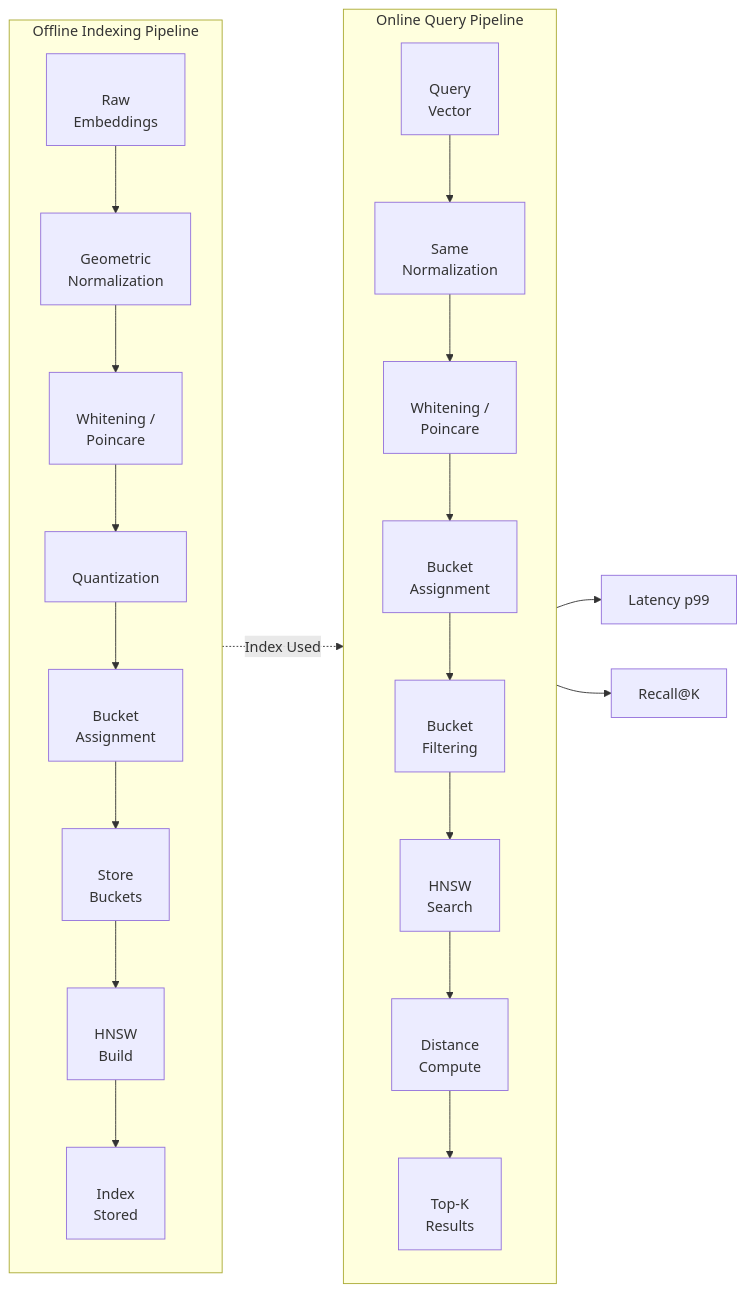
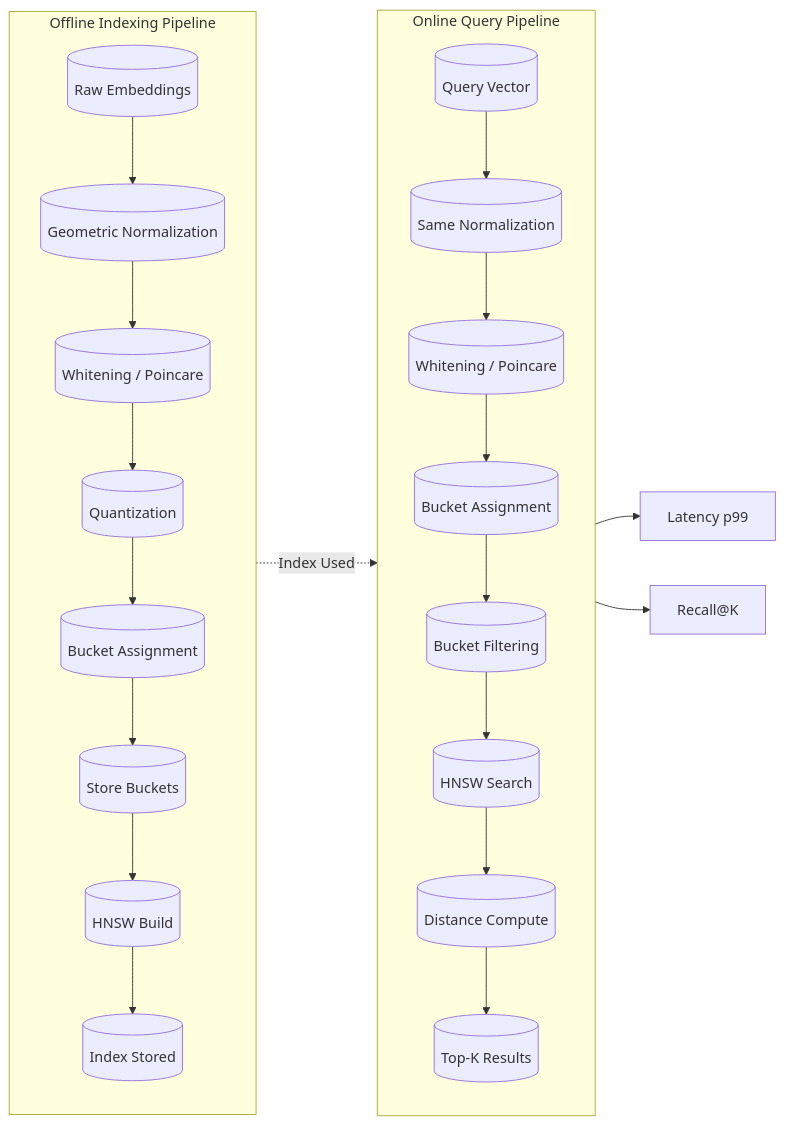
Before and after one commit to EarlyBloomer-byte/IsoSearch: the diagram in docs/technical_analysis.md, drawn with Mermaid.

Commit message:
docs(technical-analysis): add IsoSearch Architecture pipeline diagram

````diff
--- a/docs/technical_analysis.md
+++ b/docs/technical_analysis.md
@@ -14,36 +14,36 @@
 ```mermaid
 flowchart LR
 
 %% OFFLINE COLUMN
 subgraph OFFLINE [Offline Indexing Pipeline]
 direction TB
-A1["<br/>Raw<br/>Embeddings<br/>"]
-A1 --> B1["<br/>Geometric<br/>Normalization<br/>"]
-B1 --> B1a["<br/>Whitening /<br/>Poincare<br/>"]
-B1a --> C1["<br/>Quantization<br/>"]
-C1 --> D1["<br/>Bucket<br/>Assignment<br/>"]
-D1 --> E1["<br/>Store<br/>Buckets<br/>"]
-E1 --> F1["<br/>HNSW<br/>Build<br/>"]
-F1 --> G1["<br/>Index<br/>Stored<br/>"]
+A1[(Raw Embeddings)]
+A1 --> B1[(Geometric Normalization)]
+B1 --> B1a[(Whitening / Poincare)]
+B1a --> C1[(Quantization)]
+C1 --> D1[(Bucket Assignment)]
+D1 --> E1[(Store Buckets)]
+E1 --> F1[(HNSW Build)]
+F1 --> G1[(Index Stored)]
 end
 
 %% ONLINE COLUMN
 subgraph ONLINE [Online Query Pipeline]
 direction TB
-A2["<br/>Query<br/>Vector<br/>"]
-A2 --> B2["<br/>Same<br/>Normalization<br/>"]
-B2 --> B2a["<br/>Whitening /<br/>Poincare<br/>"]
-B2a --> C2["<br/>Bucket<br/>Assignment<br/>"]
-C2 --> D2["<br/>Bucket<br/>Filtering<br/>"]
-D2 --> E2["<br/>HNSW<br/>Search<br/>"]
-E2 --> F2["<br/>Distance<br/>Compute<br/>"]
-F2 --> G2["<br/>Top-K<br/>Results<br/>"]
+A2[(Query Vector)]
+A2 --> B2[(Same Normalization)]
+B2 --> B2a[(Whitening / Poincare)]
+B2a --> C2[(Bucket Assignment)]
+C2 --> D2[(Bucket Filtering)]
+D2 --> E2[(HNSW Search)]
+E2 --> F2[(Distance Compute)]
+F2 --> G2[(Top-K Results)]
 end
 
 %% CONNECTION BETWEEN COLUMNS
 G1 -.->|Index Used| A2
 
 %% METRICS (SIDE ATTACHMENTS)
-E2 --> M1["Latency p99"] 
+E2 --> M1["Latency p99"]
 G2 --> M2["Recall@K"]
 ```
````
